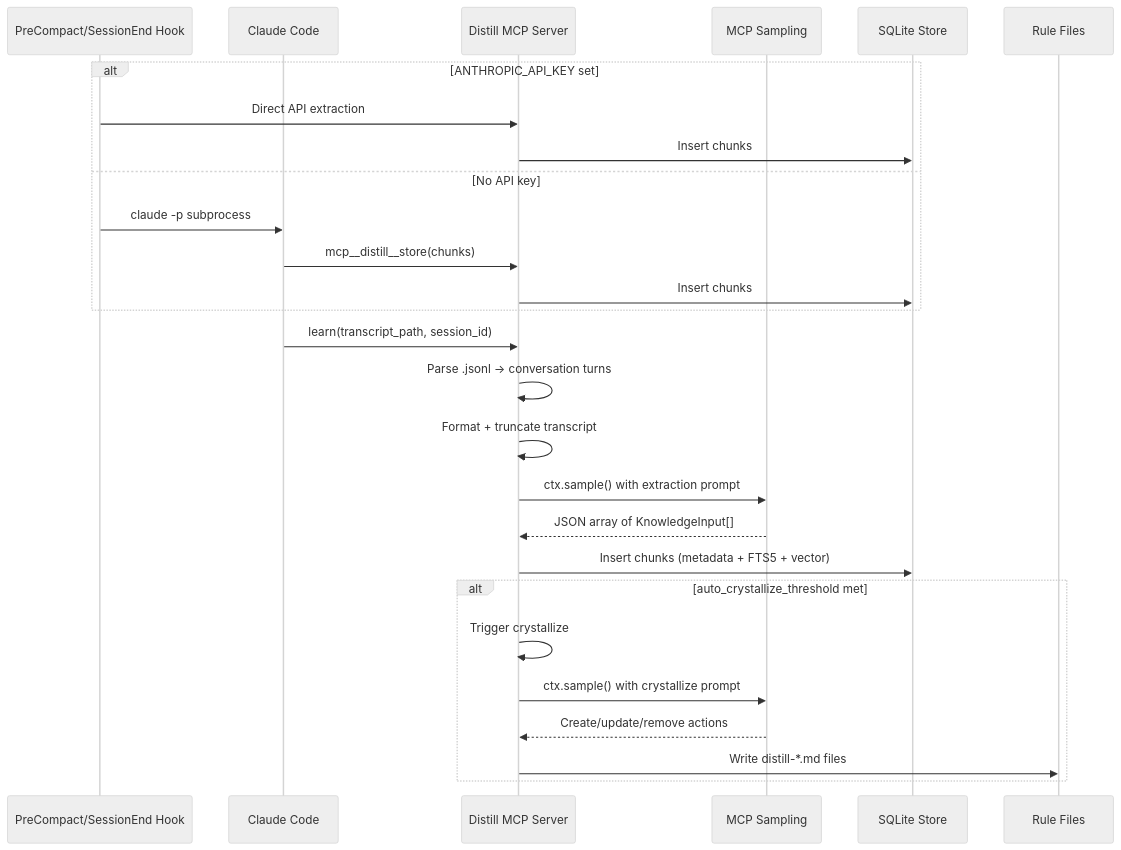
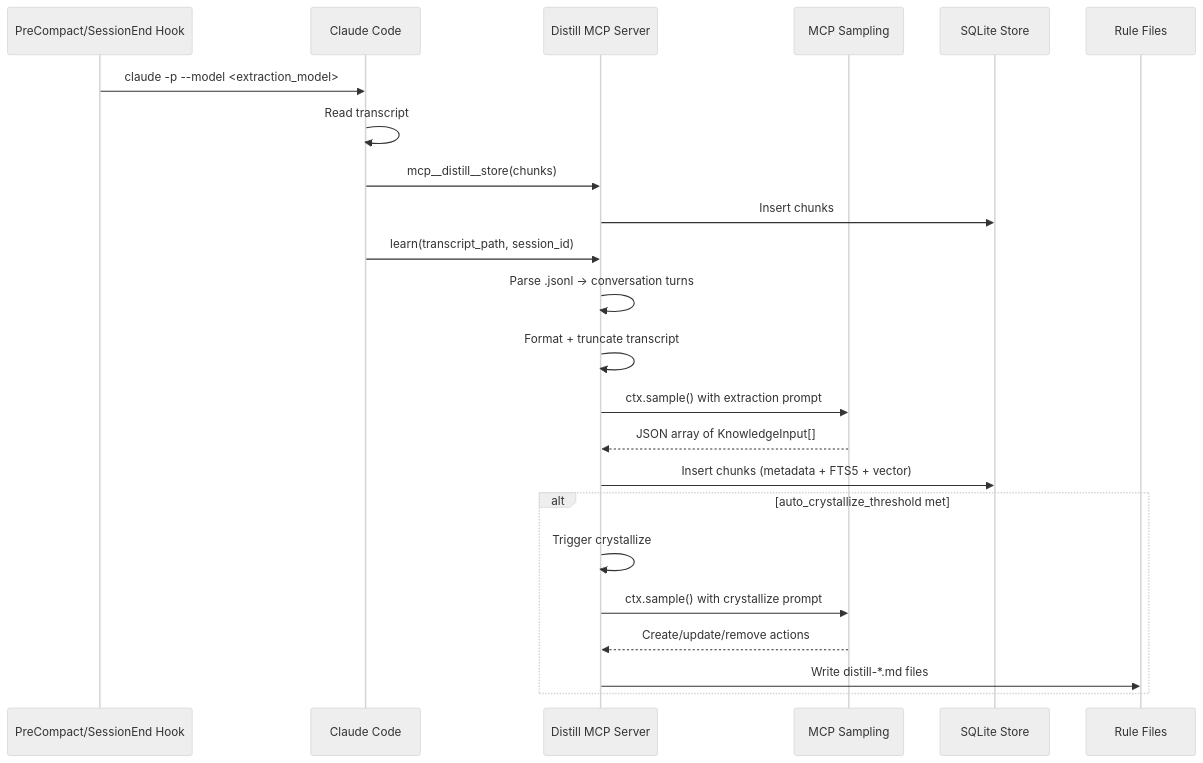
One commit to noory-code/noory-ai changed the second of 4 diagrams in distill/docs/architecture.md. Above: the diagram before and after it, drawn with Mermaid (neutral theme). The commit also changed other lines of this file and 14 other files, not shown here.

First line of the commit message:
refactor(distill): remove Anthropic API fallback, unify LLM to MCP Sampling + claude -p

````diff
--- a/distill/docs/architecture.md
+++ b/distill/docs/architecture.md
@@ -30,32 +30,28 @@
 ```mermaid
 sequenceDiagram
     participant Hook as PreCompact/SessionEnd Hook
     participant CC as Claude Code
     participant MCP as Distill MCP Server
     participant LLM as MCP Sampling
     participant DB as SQLite Store
     participant Rules as Rule Files
 
-    alt ANTHROPIC_API_KEY set
-        Hook->>MCP: Direct API extraction
-        MCP->>DB: Insert chunks
-    else No API key
-        Hook->>CC: claude -p subprocess
-        CC->>MCP: mcp__distill__store(chunks)
-        MCP->>DB: Insert chunks
-    end
+    Hook->>CC: claude -p --model <extraction_model>
+    CC->>CC: Read transcript
+    CC->>MCP: mcp__distill__store(chunks)
+    MCP->>DB: Insert chunks
 
     CC->>MCP: learn(transcript_path, session_id)
     MCP->>MCP: Parse .jsonl → conversation turns
     MCP->>MCP: Format + truncate transcript
     MCP->>LLM: ctx.sample() with extraction prompt
     LLM-->>MCP: JSON array of KnowledgeInput[]
     MCP->>DB: Insert chunks (metadata + FTS5 + vector)
 
     alt auto_crystallize_threshold met
         MCP->>MCP: Trigger crystallize
         MCP->>LLM: ctx.sample() with crystallize prompt
         LLM-->>MCP: Create/update/remove actions
         MCP->>Rules: Write distill-*.md files
     end
 ```
````
